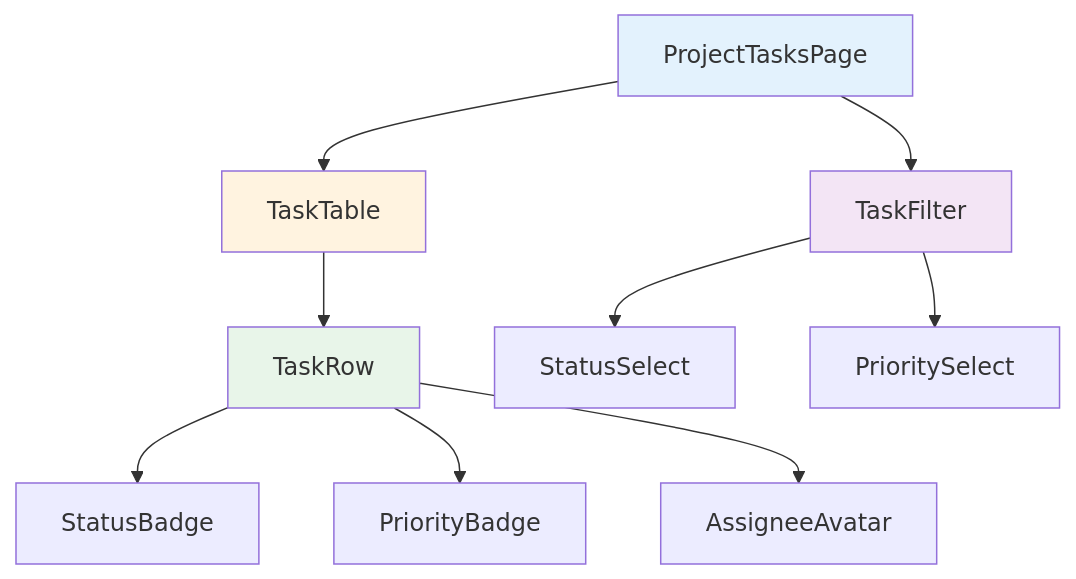
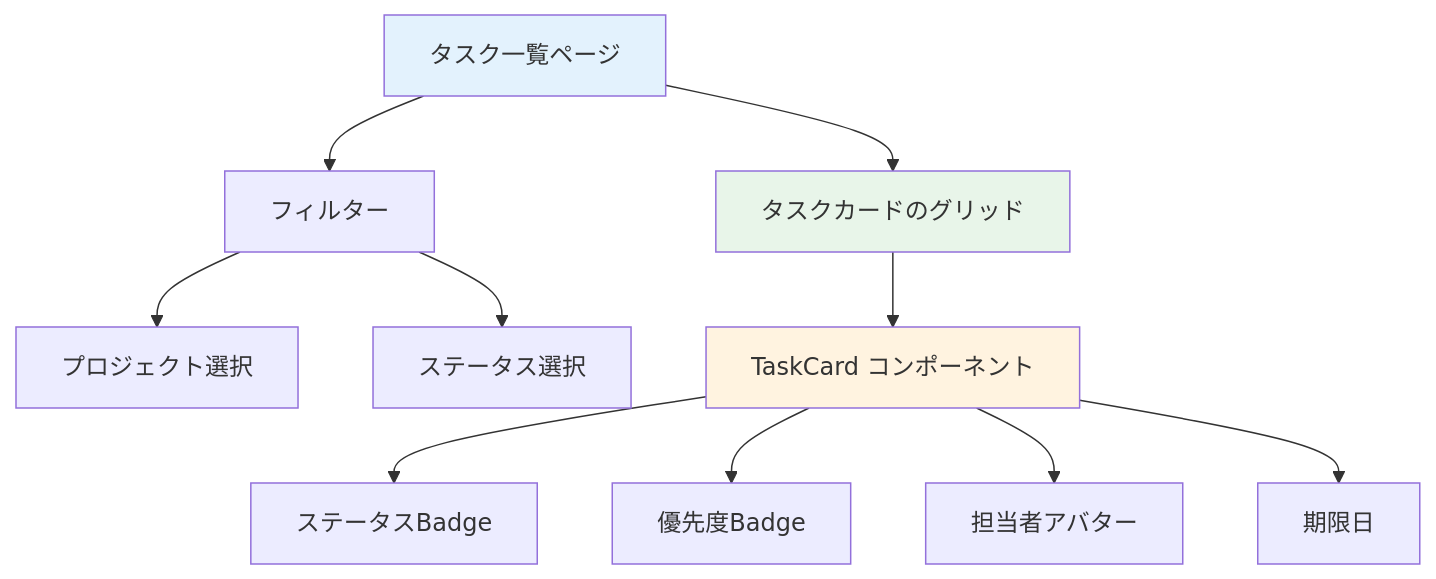
The diagram in material/30days-curriculum/day13_タスク一覧画面.md (kouiso/task-app), drawn with Mermaid before and after one commit. The commit also changed other lines of this file and 36 other files, not shown here.

````diff
--- a/material/30days-curriculum/day13_タスク一覧画面.md
+++ b/material/30days-curriculum/day13_タスク一覧画面.md
@@ -15,18 +17,16 @@
 ```mermaid
 graph TD
-    A[ProjectTasksPage] --> B[TaskFilter]
-    A --> C[TaskTable]
-
-    C --> D[TaskRow]
-    D --> E[StatusBadge]
-    D --> F[PriorityBadge]
-    D --> G[AssigneeAvatar]
-
-    B --> H[StatusSelect]
-    B --> I[PrioritySelect]
+    A[タスク一覧ページ] --> B[フィルター]
+    A --> C[タスクカードのグリッド]
+    B --> D[プロジェクト選択]
+    B --> E[ステータス選択]
+    C --> F[TaskCard コンポーネント]
+    F --> G[ステータスBadge]
+    F --> H[優先度Badge]
+    F --> I[担当者アバター]
+    F --> J[期限日]
 
     style A fill:#e3f2fd
-    style C fill:#fff3e0
-    style D fill:#e8f5e9
-    style B fill:#f3e5f5
+    style C fill:#e8f5e9
+    style F fill:#fff3e0
 ```
````
